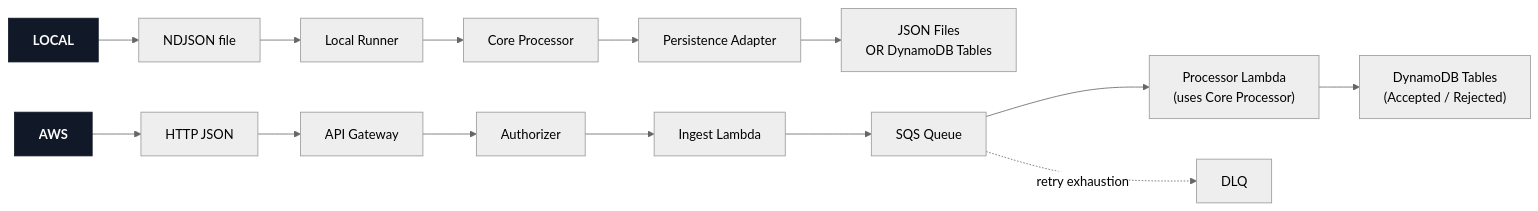
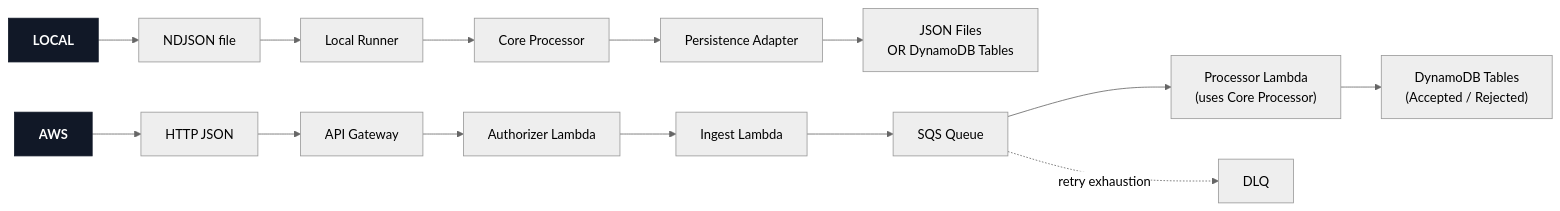
Before and after one commit to draff1800/drone-fleet-telemetry-pipeline: the diagram in README.md, drawn with Mermaid (neutral theme). The commit also changed other lines of this file and 2 other files, not shown here.

````diff
--- a/README.md
+++ b/README.md
@@ -60,10 +62,10 @@
 ```mermaid
 flowchart LR
   LocalHeader["LOCAL"] --> L1["NDJSON file"] --> L2["Local Runner"] --> L3["Core Processor"] --> L4["Persistence Adapter"] --> L5["JSON Files<br/>OR DynamoDB Tables"]
 
-  AwsHeader["AWS"] --> A1["HTTP JSON"] --> A2["API Gateway"] --> A3["Authorizer"] --> A4["Ingest Lambda"] --> A5["SQS Queue"] --> A6["Processor Lambda<br/>(uses Core Processor)"] --> A7["DynamoDB Tables<br/>(Accepted / Rejected)"]
+  AwsHeader["AWS"] --> A1["HTTP JSON"] --> A2["API Gateway"] --> A3["Authorizer Lambda"] --> A4["Ingest Lambda"] --> A5["SQS Queue"] --> A6["Processor Lambda<br/>(uses Core Processor)"] --> A7["DynamoDB Tables<br/>(Accepted / Rejected)"]
   A5 -. retry exhaustion .-> A8["DLQ"]
 
   classDef laneHeader fill:#111827,color:#ffffff,stroke:#111827,font-weight:bold;
   class LocalHeader,AwsHeader laneHeader;
 ```
````
